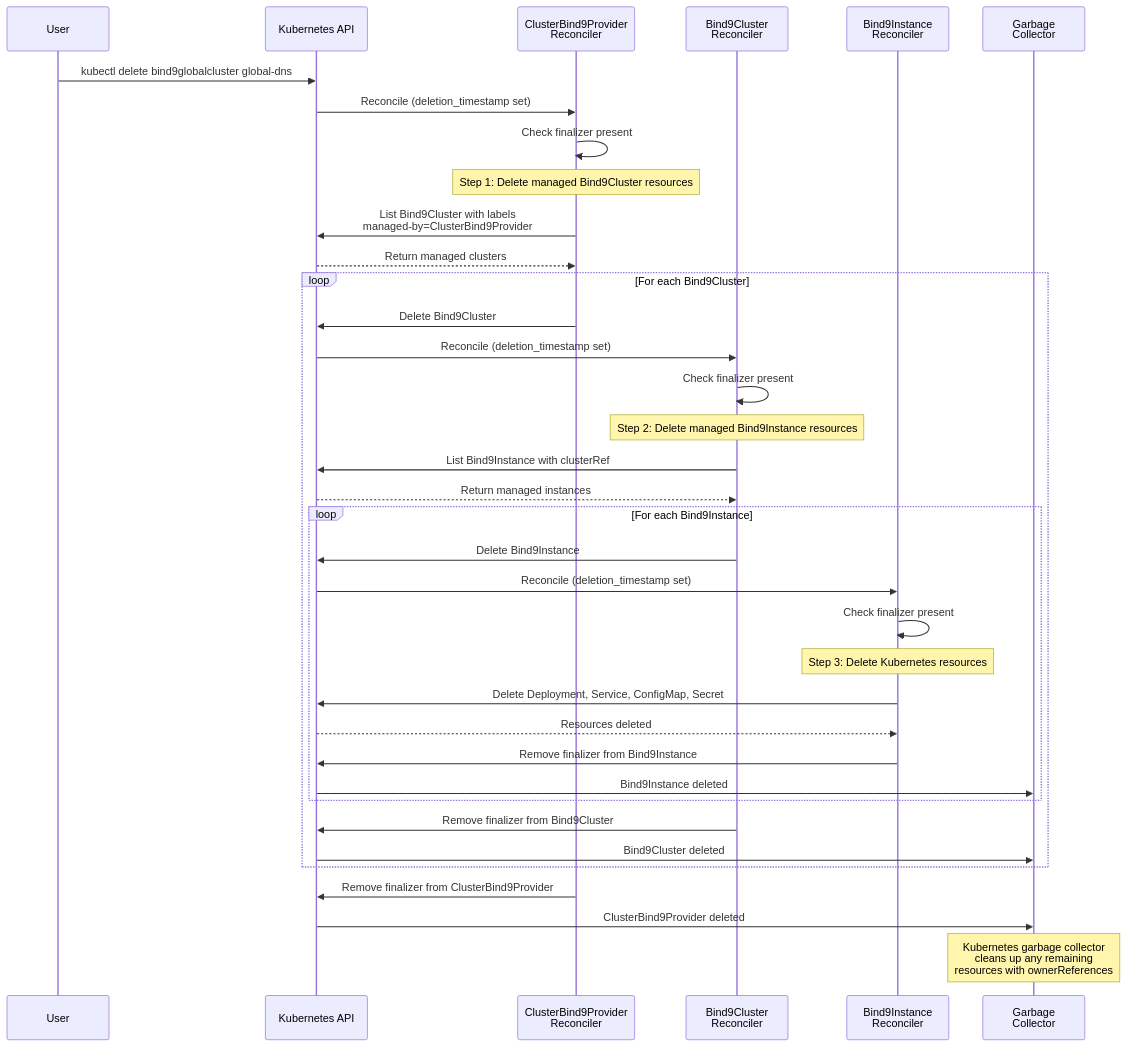
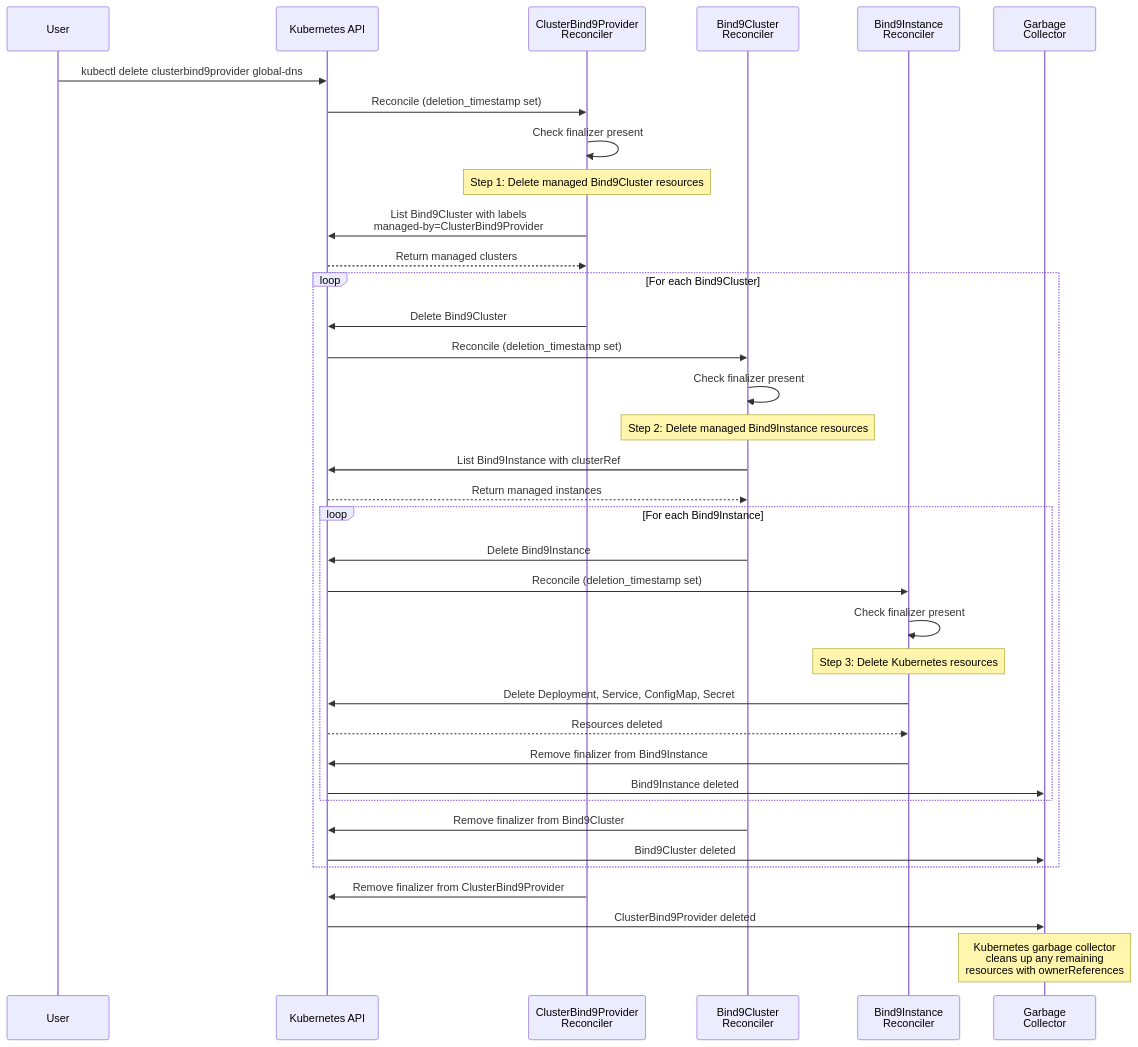
The fourth of 4 diagrams in docs/src/architecture/reconciler-hierarchy.md (firestoned/bindy), drawn with Mermaid before and after one commit. The commit also changed other lines of this file and 114 other files, not shown here.

````diff
--- a/docs/src/architecture/reconciler-hierarchy.md
+++ b/docs/src/architecture/reconciler-hierarchy.md
@@ -486,48 +486,48 @@
 ```mermaid
 sequenceDiagram
     participant User
     participant K8s as Kubernetes API
     participant GC as ClusterBind9Provider<br/>Reconciler
     participant C as Bind9Cluster<br/>Reconciler
     participant I as Bind9Instance<br/>Reconciler
     participant GC_Obj as Garbage<br/>Collector
 
-    User->>K8s: kubectl delete bind9globalcluster global-dns
+    User->>K8s: kubectl delete clusterbind9provider global-dns
     K8s->>GC: Reconcile (deletion_timestamp set)
     GC->>GC: Check finalizer present
 
     Note over GC: Step 1: Delete managed Bind9Cluster resources
     GC->>K8s: List Bind9Cluster with labels<br/>managed-by=ClusterBind9Provider
     K8s-->>GC: Return managed clusters
 
     loop For each Bind9Cluster
         GC->>K8s: Delete Bind9Cluster
         K8s->>C: Reconcile (deletion_timestamp set)
         C->>C: Check finalizer present
 
         Note over C: Step 2: Delete managed Bind9Instance resources
         C->>K8s: List Bind9Instance with clusterRef
         K8s-->>C: Return managed instances
 
         loop For each Bind9Instance
             C->>K8s: Delete Bind9Instance
             K8s->>I: Reconcile (deletion_timestamp set)
             I->>I: Check finalizer present
 
             Note over I: Step 3: Delete Kubernetes resources
             I->>K8s: Delete Deployment, Service, ConfigMap, Secret
             K8s-->>I: Resources deleted
 
             I->>K8s: Remove finalizer from Bind9Instance
             K8s->>GC_Obj: Bind9Instance deleted
         end
 
         C->>K8s: Remove finalizer from Bind9Cluster
         K8s->>GC_Obj: Bind9Cluster deleted
     end
 
     GC->>K8s: Remove finalizer from ClusterBind9Provider
     K8s->>GC_Obj: ClusterBind9Provider deleted
 
     Note over GC_Obj: Kubernetes garbage collector<br/>cleans up any remaining<br/>resources with ownerReferences
 ```
````
